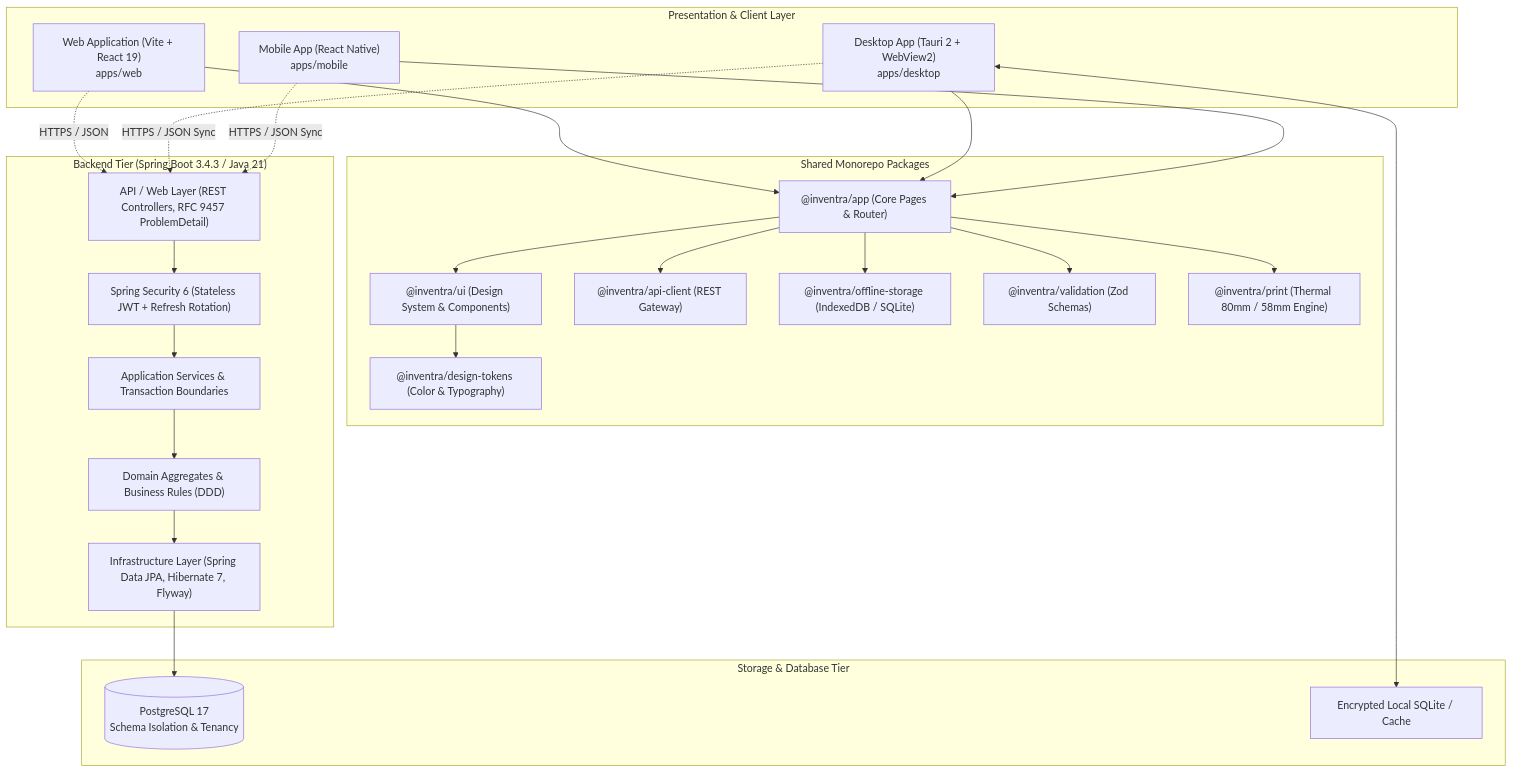
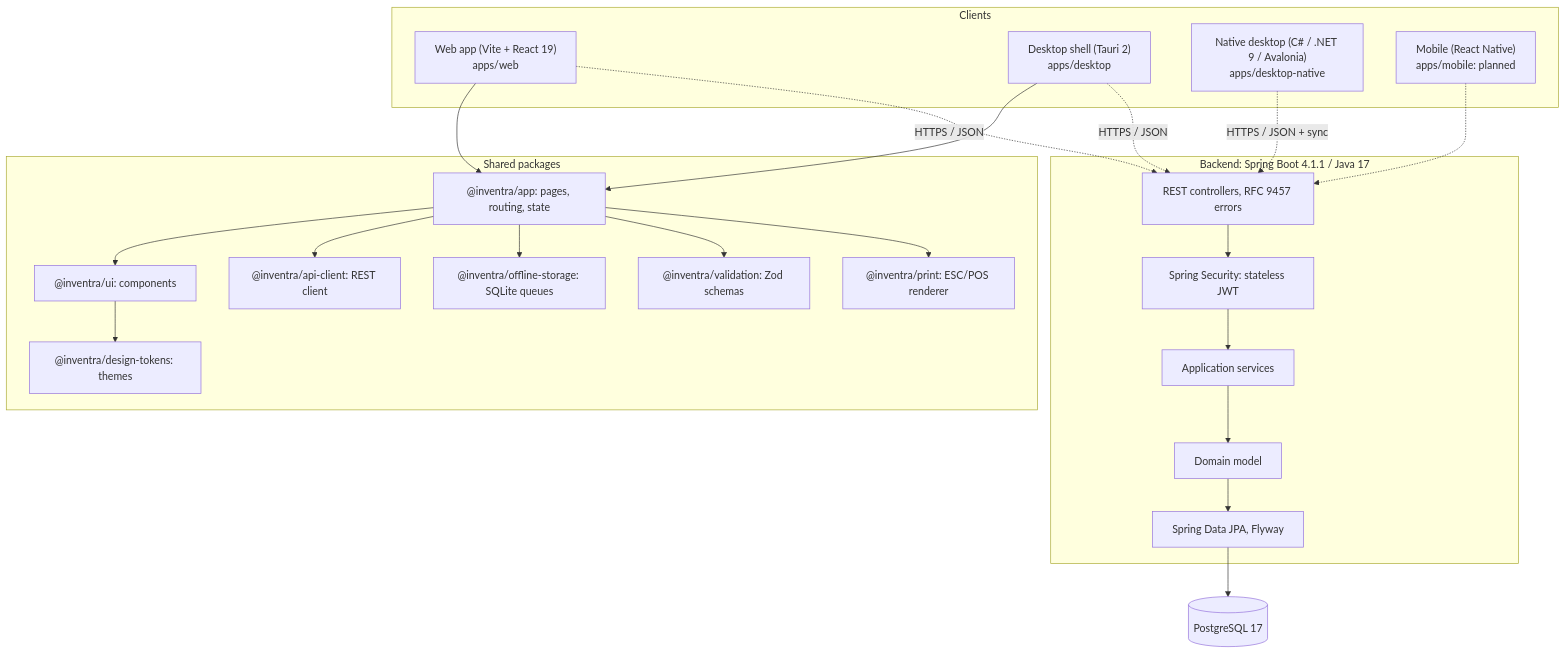
Before and after one commit to veer0401/inventra: the first of 3 diagrams in README.md, drawn with Mermaid. The commit also changed other lines of this file and 1 other file, not shown here.

````diff
--- a/README.md
+++ b/README.md
@@ -67,52 +62,45 @@
 ```mermaid
 flowchart TD
-    subgraph Clients["Presentation & Client Layer"]
-        WebClient["Web Application (Vite + React 19)\napps/web"]
-        DesktopClient["Desktop App (Tauri 2 + WebView2)\napps/desktop"]
-        MobileClient["Mobile App (React Native)\napps/mobile"]
+    subgraph Clients["Clients"]
+        WebClient["Web app (Vite + React 19)<br/>apps/web"]
+        DesktopClient["Desktop shell (Tauri 2)<br/>apps/desktop"]
+        NativeClient["Native desktop (C# / .NET 9 / Avalonia)<br/>apps/desktop-native"]
+        MobileClient["Mobile (React Native)<br/>apps/mobile: planned"]
     end
 
-    subgraph SharedPackages["Shared Monorepo Packages"]
-        PkgApp["@inventra/app (Core Pages & Router)"]
-        PkgUI["@inventra/ui (Design System & Components)"]
-        PkgTokens["@inventra/design-tokens (Color & Typography)"]
-        PkgApiClient["@inventra/api-client (REST Gateway)"]
-        PkgOffline["@inventra/offline-storage (IndexedDB / SQLite)"]
-        PkgValidation["@inventra/validation (Zod Schemas)"]
-        PkgPrint["@inventra/print (Thermal 80mm / 58mm Engine)"]
+    subgraph SharedPackages["Shared packages"]
+        PkgApp["@inventra/app: pages, routing, state"]
+        PkgUI["@inventra/ui: components"]
+        PkgTokens["@inventra/design-tokens: themes"]
+        PkgApiClient["@inventra/api-client: REST client"]
+        PkgOffline["@inventra/offline-storage: SQLite queues"]
+        PkgValidation["@inventra/validation: Zod schemas"]
+        PkgPrint["@inventra/print: ESC/POS renderer"]
     end
 
-    subgraph BackendSystem["Backend Tier (Spring Boot 3.4.3 / Java 21)"]
-        APIWeb["API / Web Layer (REST Controllers, RFC 9457 ProblemDetail)"]
-        Security["Spring Security 6 (Stateless JWT + Refresh Rotation)"]
-        AppLayer["Application Services & Transaction Boundaries"]
-        DomainLayer["Domain Aggregates & Business Rules (DDD)"]
-        InfraLayer["Infrastructure Layer (Spring Data JPA, Hibernate 7, Flyway)"]
+    subgraph Backend["Backend: Spring Boot 4.1.1 / Java 17"]
+        API["REST controllers, RFC 9457 errors"]
+        Security["Spring Security: stateless JWT"]
+        App["Application services"]
+        Domain["Domain model"]
+        Infra["Spring Data JPA, Flyway"]
     end
 
-    subgraph Persistence["Storage & Database Tier"]
-        PostgreSQL[("PostgreSQL 17\nSchema Isolation & Tenancy")]
-        DiskStorage["Encrypted Local SQLite / Cache"]
-    end
+    DB[("PostgreSQL 17")]
 
     WebClient --> PkgApp
     DesktopClient --> PkgApp
-    MobileClient --> PkgApp
     PkgApp --> PkgUI
     PkgApp --> PkgApiClient
     PkgApp --> PkgOffline
     PkgApp --> PkgValidation
     PkgApp --> PkgPrint
     PkgUI --> PkgTokens
 
-    WebClient -. HTTPS / JSON .-> APIWeb
-    DesktopClient -. HTTPS / JSON Sync .-> APIWeb
-    MobileClient -. HTTPS / JSON Sync .-> APIWeb
-    DesktopClient <--> DiskStorage
+    WebClient -. HTTPS / JSON .-> API
+    DesktopClient -. HTTPS / JSON .-> API
+    NativeClient -. HTTPS / JSON + sync .-> API
+    MobileClient -.-> API
 
-    APIWeb --> Security
-    Security --> AppLayer
-    AppLayer --> DomainLayer
-    DomainLayer --> InfraLayer
-    InfraLayer --> PostgreSQL
+    API --> Security --> App --> Domain --> Infra --> DB
 ```
````
